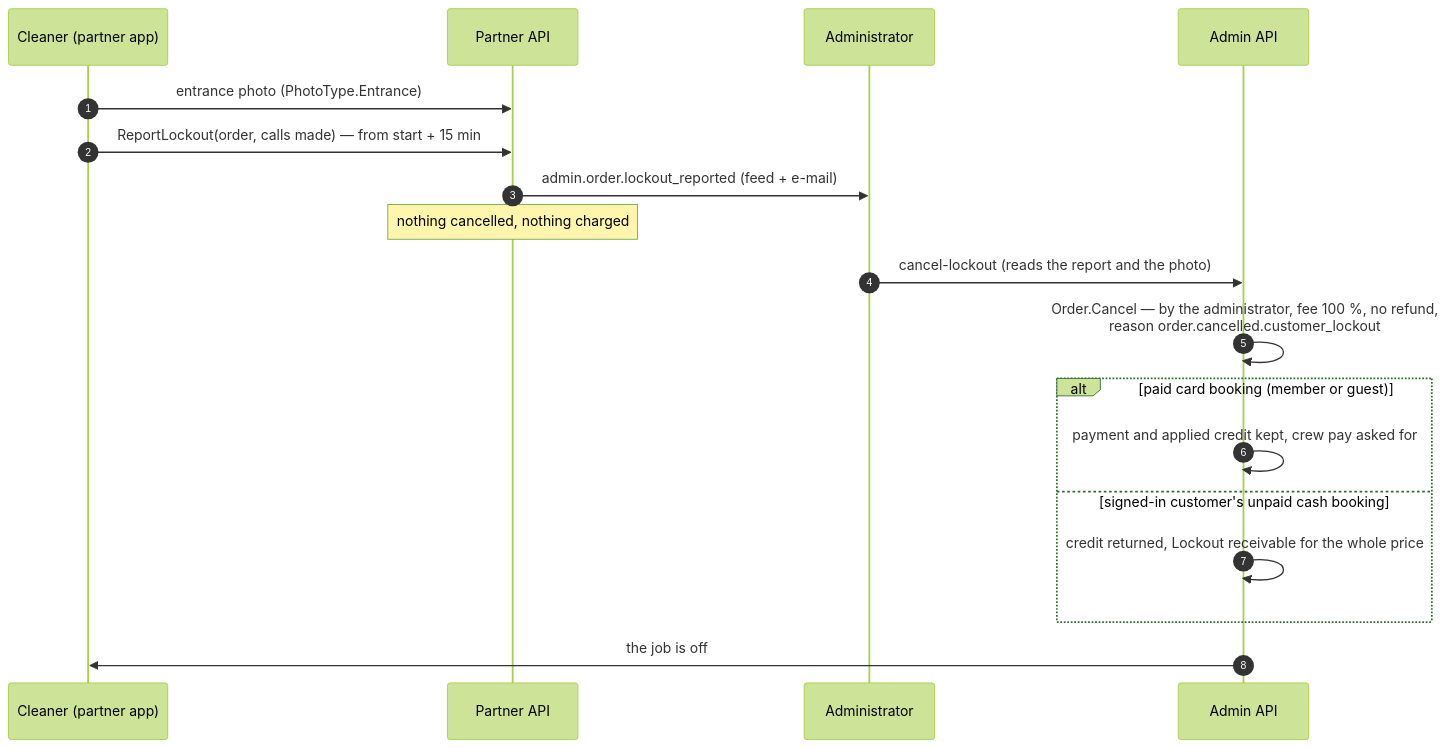
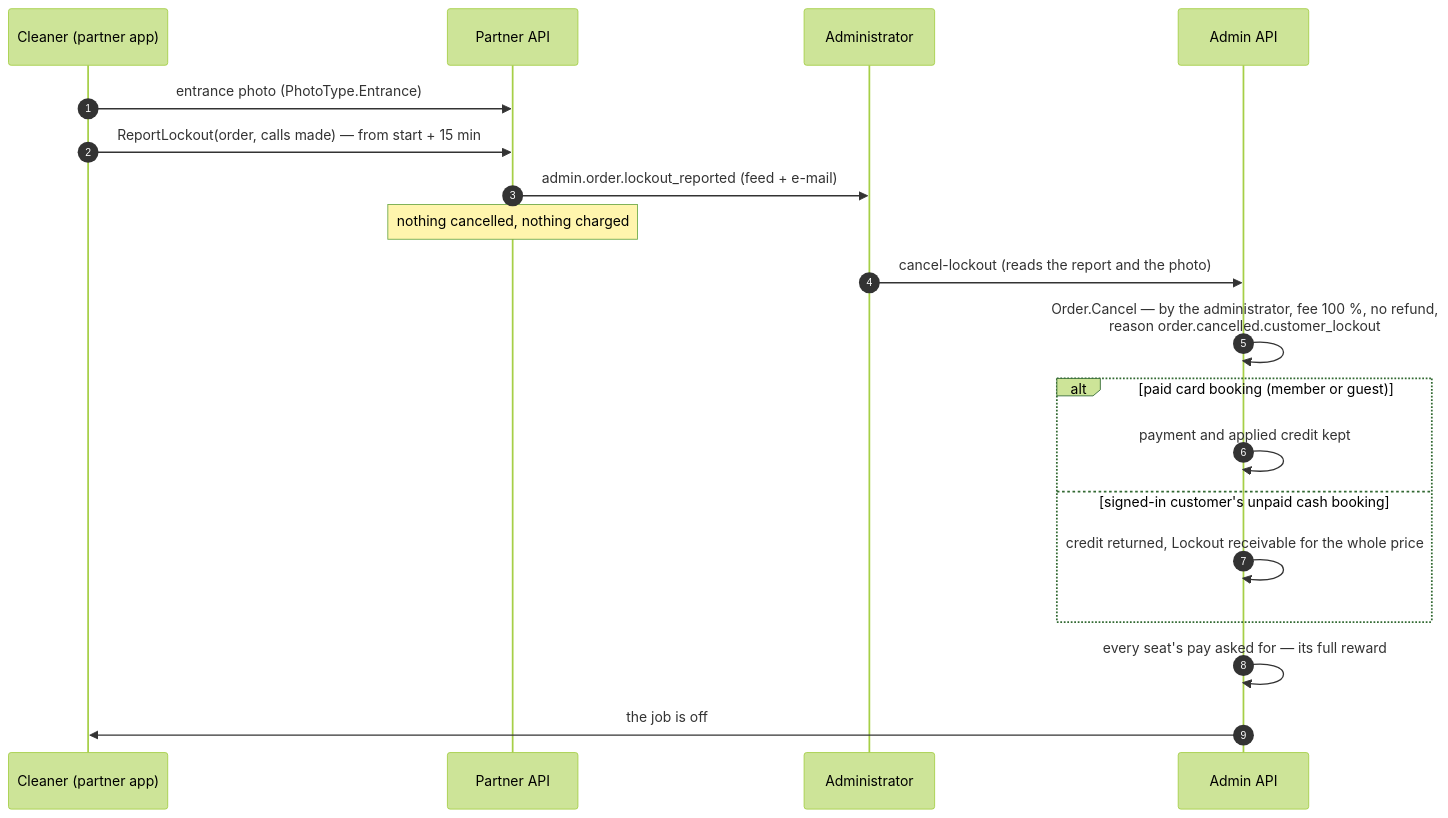
One commit to VM-s-Solutions/cleansia changed the second of 2 diagrams in docs/flows/cancellation-refund-dispute.md. Above: the diagram before and after it, drawn with Mermaid (forest theme). The commit also changed other lines of this file and 24 other files, not shown here.

First line of the commit message:
docs: record the 2026-10-04 meeting batch - cash without a card, 14-day pay periods, lockout reward, extras share, ARES, optional insurance and the refund fixes

````diff
--- a/docs/flows/cancellation-refund-dispute.md
+++ b/docs/flows/cancellation-refund-dispute.md
@@ -99,21 +99,22 @@
 ```mermaid
 sequenceDiagram
   autonumber
   participant C as Cleaner (partner app)
   participant API as Partner API
   participant A as Administrator
   participant AD as Admin API
 
   C->>API: entrance photo (PhotoType.Entrance)
   C->>API: ReportLockout(order, calls made) — from start + 15 min
   API->>A: admin.order.lockout_reported (feed + e-mail)
   Note over API: nothing cancelled, nothing charged
   A->>AD: cancel-lockout (reads the report and the photo)
   AD->>AD: Order.Cancel — by the administrator, fee 100 %, no refund,<br/>reason order.cancelled.customer_lockout
   alt paid card booking (member or guest)
-    AD->>AD: payment and applied credit kept, crew pay asked for
+    AD->>AD: payment and applied credit kept
   else signed-in customer's unpaid cash booking
     AD->>AD: credit returned, Lockout receivable for the whole price
   end
+  AD->>AD: every seat's pay asked for — its full reward
   AD->>C: the job is off
 ```
````
